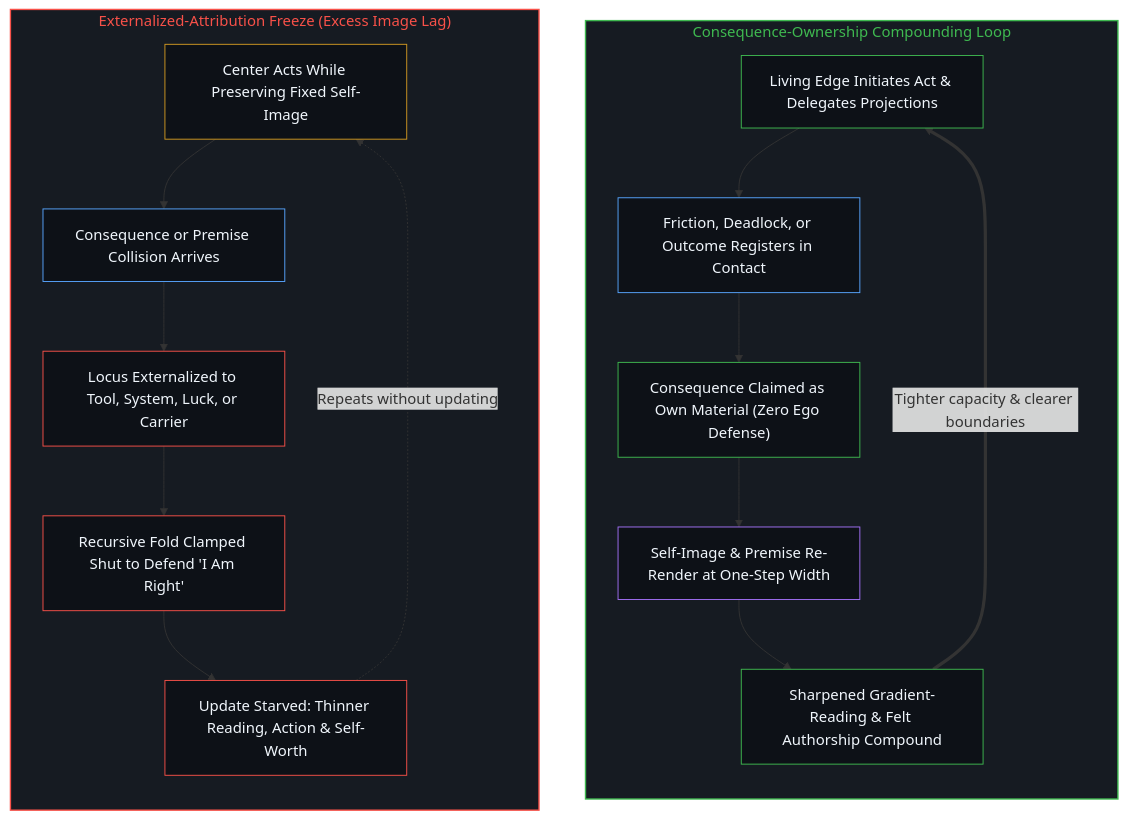
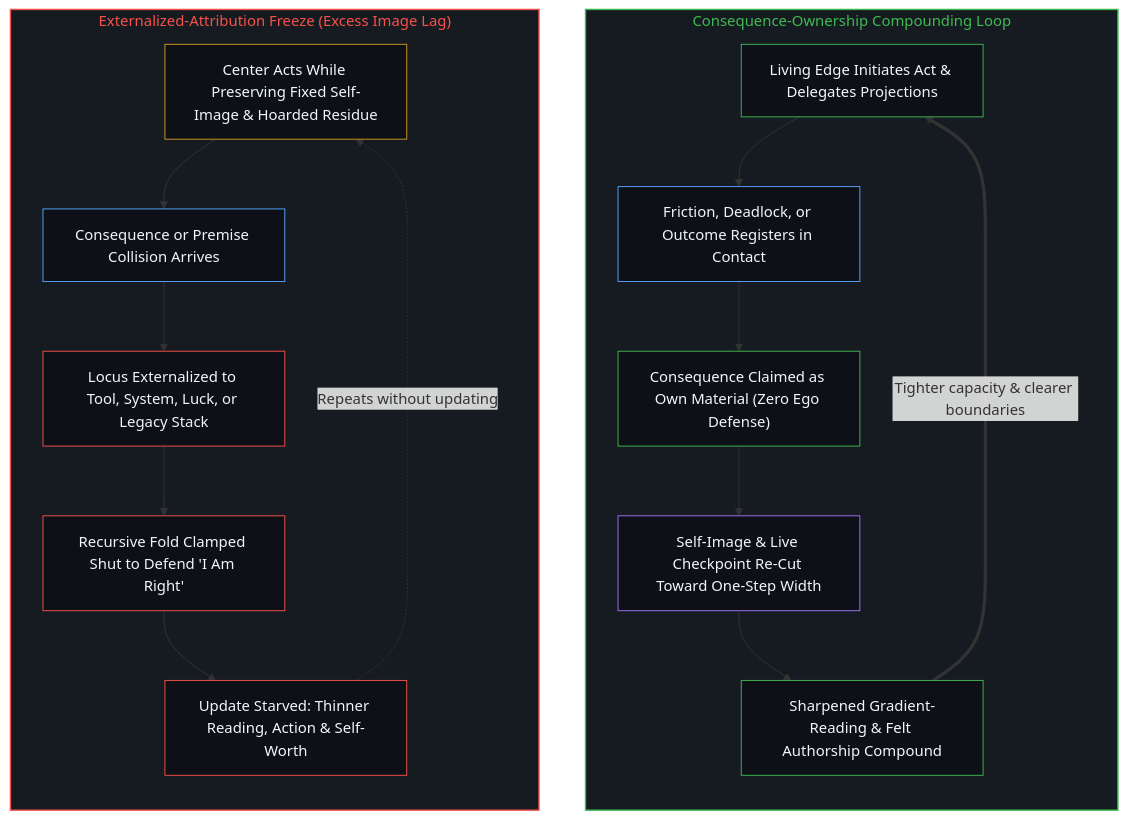
The second of 2 diagrams in content/posts/ownership-and-self-worthiness.md (powerpig99/not-a-toe), drawn with Mermaid before and after one commit. The commit also changed other lines of this file and 12 other files, not shown here.

````diff
--- a/content/posts/ownership-and-self-worthiness.md
+++ b/content/posts/ownership-and-self-worthiness.md
@@ -85,37 +85,37 @@
 ```mermaid
 flowchart TD
     subgraph S_Compound["Consequence-Ownership Compounding Loop"]
         direction TB
         Act["Living Edge Initiates Act & Delegates Projections"]
         Signal["Friction, Deadlock, or Outcome Registers in Contact"]
         Claim["Consequence Claimed as Own Material (Zero Ego Defense)"]
-        Render["Self-Image & Premise Re-Render at One-Step Width"]
+        Render["Self-Image & Live Checkpoint Re-Cut Toward One-Step Width"]
         Scale["Sharpened Gradient-Reading & Felt Authorship Compound"]
         Act --> Signal --> Claim --> Render --> Scale
         Scale ==>|"Tighter capacity & clearer boundaries"| Act
     end
 
     subgraph S_Freeze["Externalized-Attribution Freeze (Excess Image Lag)"]
         direction TB
-        F_Act["Center Acts While Preserving Fixed Self-Image"]
+        F_Act["Center Acts While Preserving Fixed Self-Image & Hoarded Residue"]
         F_Signal["Consequence or Premise Collision Arrives"]
-        F_Blame["Locus Externalized to Tool, System, Luck, or Carrier"]
+        F_Blame["Locus Externalized to Tool, System, Luck, or Legacy Stack"]
         F_Clamp["Recursive Fold Clamped Shut to Defend 'I Am Right'"]
         F_Drift["Update Starved: Thinner Reading, Action & Self-Worth"]
         F_Act --> F_Signal --> F_Blame --> F_Clamp --> F_Drift
         F_Drift -.->|"Repeats without updating"| F_Act
     end
 
     style S_Compound fill:#161b22,stroke:#3fb950,stroke-width:1.5px,color:#3fb950
     style S_Freeze fill:#161b22,stroke:#f85149,stroke-width:1.5px,color:#f85149
     style Act fill:#0d1117,stroke:#3fb950,stroke-width:1px,color:#f0f6fc
     style Signal fill:#0d1117,stroke:#58a6ff,stroke-width:1px,color:#f0f6fc
     style Claim fill:#0d1117,stroke:#3fb950,stroke-width:1px,color:#f0f6fc
     style Render fill:#0d1117,stroke:#a371f7,stroke-width:1px,color:#f0f6fc
     style Scale fill:#0d1117,stroke:#3fb950,stroke-width:1px,color:#f0f6fc
     style F_Act fill:#0d1117,stroke:#d29922,stroke-width:1px,color:#f0f6fc
     style F_Signal fill:#0d1117,stroke:#58a6ff,stroke-width:1px,color:#f0f6fc
     style F_Blame fill:#0d1117,stroke:#f85149,stroke-width:1px,color:#f0f6fc
     style F_Clamp fill:#0d1117,stroke:#f85149,stroke-width:1px,color:#f0f6fc
     style F_Drift fill:#0d1117,stroke:#f85149,stroke-width:1px,color:#f0f6fc
 ```
````
